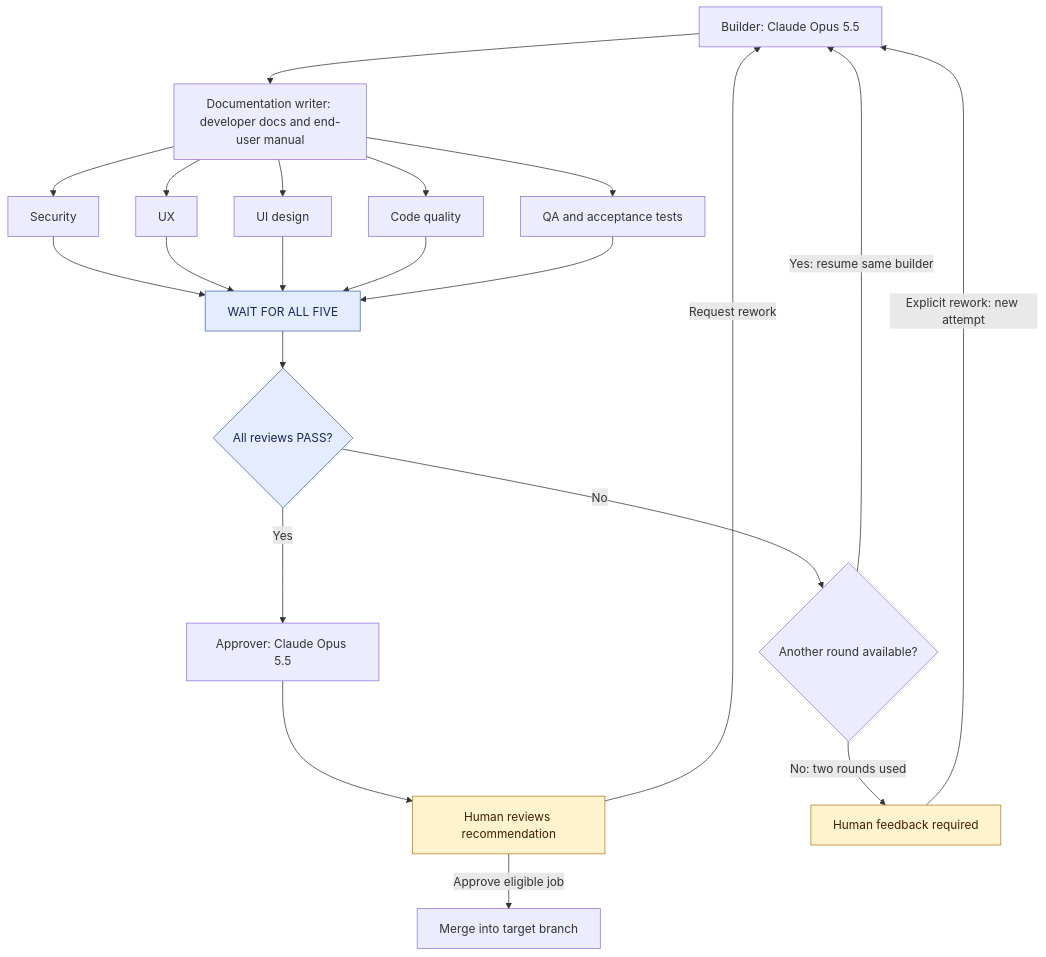
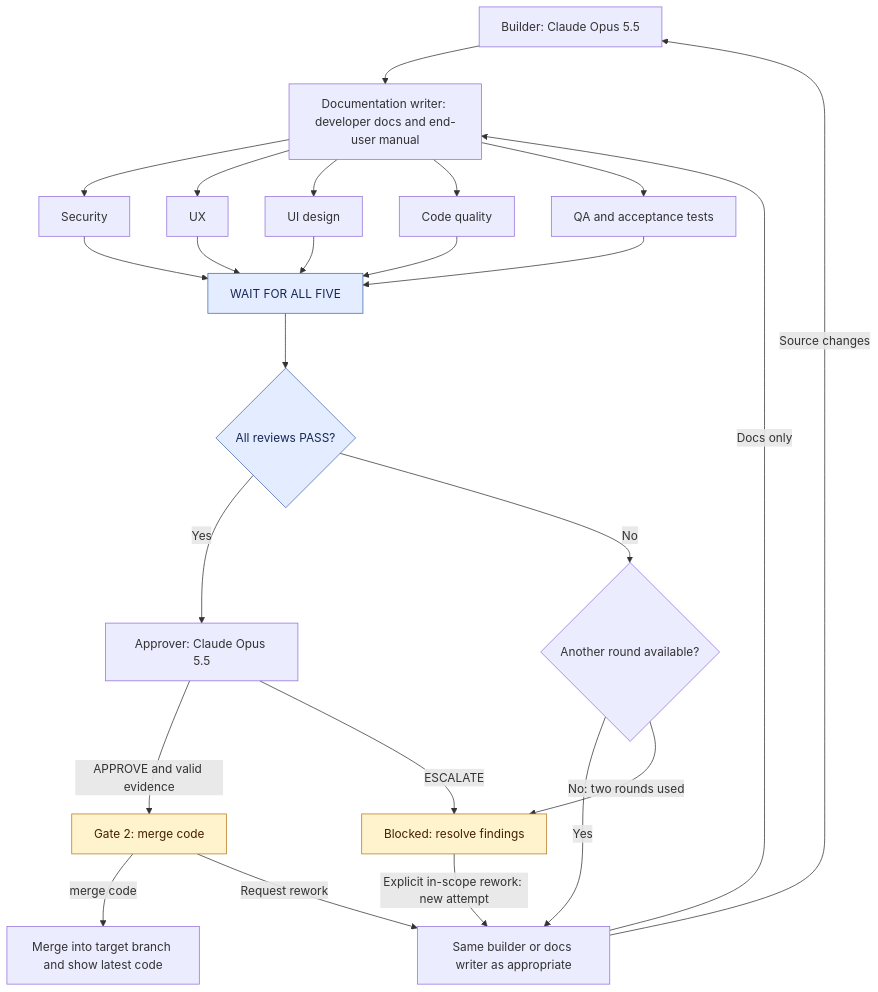
Before and after one commit to faiqfarooq/software-factory: the second of 4 diagrams in codex-claude/docs/GUIDE.md, drawn with Mermaid. The commit also changed other lines of this file and 14 other files, not shown here.

````diff
--- a/codex-claude/docs/GUIDE.md
+++ b/codex-claude/docs/GUIDE.md
@@ -128,34 +150,37 @@
 ```mermaid
 flowchart TD
     Builder["Builder: Claude Opus 5.5"]
 
     Builder --> Docs["Documentation writer: developer docs and end-user manual"]
     Docs --> Security["Security"]
     Docs --> UX["UX"]
     Docs --> UI["UI design"]
     Docs --> Code["Code quality"]
     Docs --> QA["QA and acceptance tests"]
 
     Security --> Wait["WAIT FOR ALL FIVE"]
     UX --> Wait
     UI --> Wait
     Code --> Wait
     QA --> Wait
 
     Wait --> Verdict{"All reviews PASS?"}
 
     Verdict -->|Yes| Approver["Approver: Claude Opus 5.5"]
-    Approver --> Human["Human reviews recommendation"]
-    Human -->|Approve eligible job| Merge["Merge into target branch"]
-    Human -->|Request rework| Builder
+    Approver -->|APPROVE and valid evidence| Human["Gate 2: merge code"]
+    Approver -->|ESCALATE| Feedback["Blocked: resolve findings"]
+    Human -->|merge code| Merge["Merge into target branch and show latest code"]
+    Human -->|Request rework| Rework["Same builder or docs writer as appropriate"]
 
     Verdict -->|No| Budget{"Another round available?"}
-    Budget -->|Yes: resume same builder| Builder
-    Budget -->|No: two rounds used| Feedback["Human feedback required"]
-    Feedback -->|Explicit rework: new attempt| Builder
+    Budget -->|Yes| Rework
+    Budget -->|No: two rounds used| Feedback
+    Feedback -->|Explicit in-scope rework: new attempt| Rework
+    Rework -->|Source changes| Builder
+    Rework -->|Docs only| Docs
 
     classDef human fill:#fff3cd,stroke:#b7791f,color:#422006;
     class Human,Feedback human;
     classDef gate fill:#e3edff,stroke:#4169b1,color:#172554;
     class Wait,Verdict gate;
 ```
````
